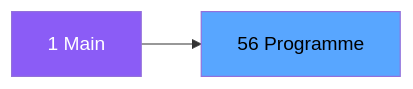
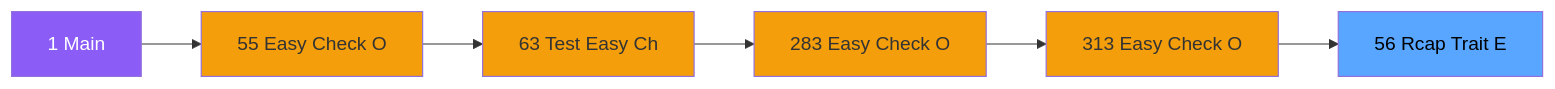
The second of 3 diagrams in .openspec/specs/ADH-IDE-56.md (thonyAGP/magic-migration), drawn with Mermaid before and after one commit. The commit also changed other lines of this file and 323 other files, not shown here.

````diff
--- a/.openspec/specs/ADH-IDE-56.md
+++ b/.openspec/specs/ADH-IDE-56.md
@@ -103,8 +122,20 @@
 ```mermaid
 graph LR
     M[1 Main]
-    T[56 Programme]
-    M --> T
+    N55[55 Easy Check O]
+    N63[63 Test Easy Ch]
+    N283[283 Easy Check O]
+    N313[313 Easy Check O]
+    T[56 Rcap Trait E]
+    M --> N55
+    N55 --> N63
+    N63 --> N283
+    N283 --> N313
+    N313 --> T
     style M fill:#8b5cf6,color:#fff
+    style N55 fill:#f59e0b
+    style N63 fill:#f59e0b
+    style N283 fill:#f59e0b
+    style N313 fill:#f59e0b
     style T fill:#58a6ff,color:#000
 ```
````
